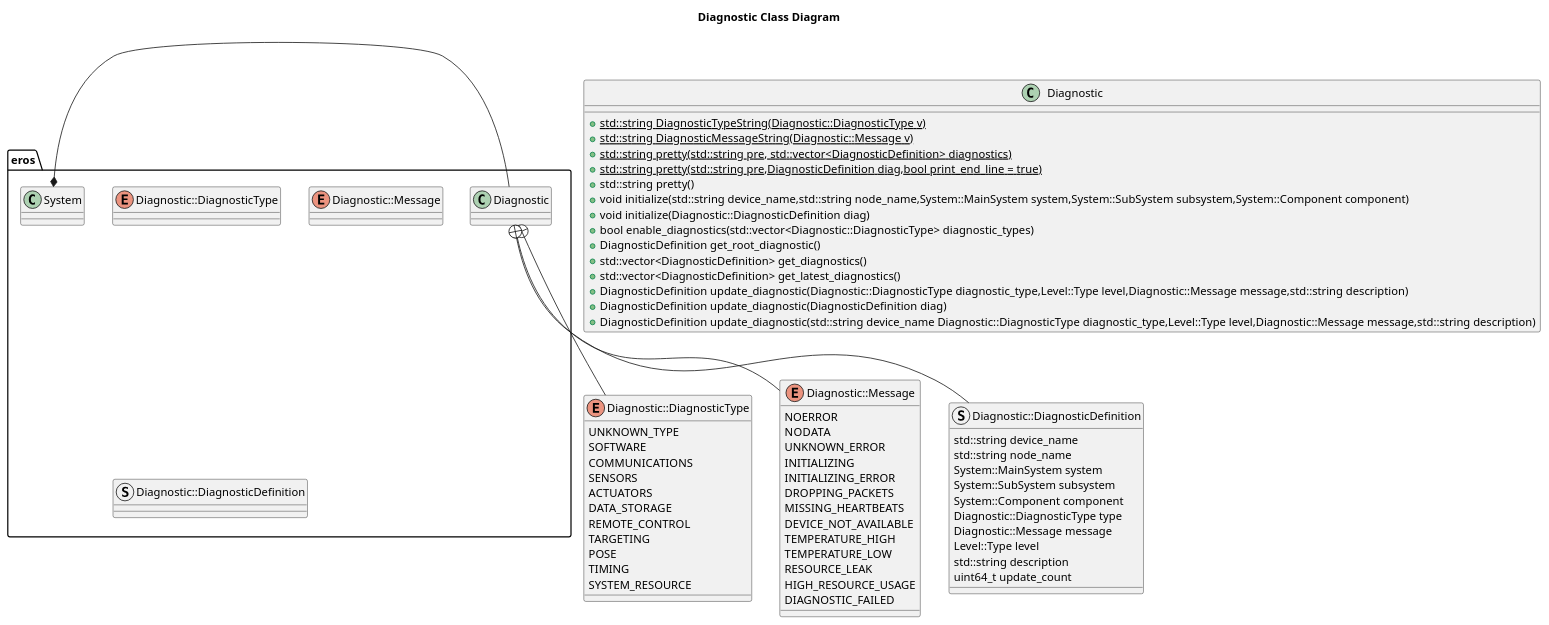
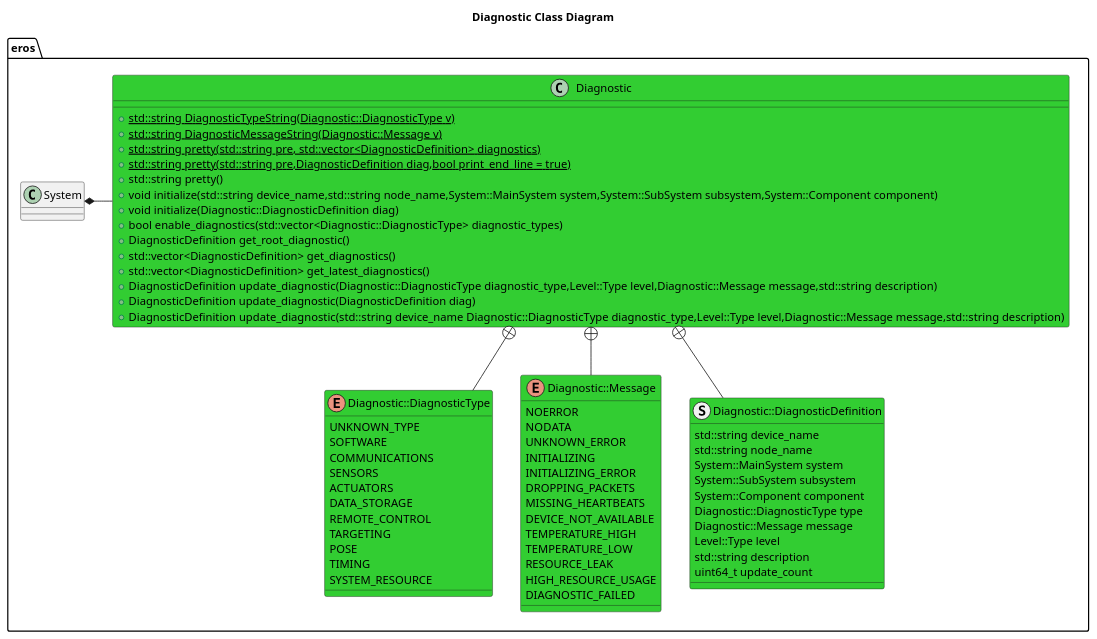
One commit to dgitz/eros changed the diagram in include/eros/doc/DiagnosticClassDiagram.puml. Above: the diagram before and after it, drawn with PlantUML. The commit also changed 4 other files, not shown here.

```diff
--- a/include/eros/doc/DiagnosticClassDiagram.puml
+++ b/include/eros/doc/DiagnosticClassDiagram.puml
@@ -1,75 +1,75 @@
 @startuml
 title Diagnostic Class Diagram
 package eros {
     class System
     together {
         class Diagnostic
         enum Diagnostic::DiagnosticType
         enum Diagnostic::Message
         struct Diagnostic::DiagnosticDefinition
     }
-}
-enum Diagnostic::DiagnosticType {
-    UNKNOWN_TYPE 
-    SOFTWARE
-    COMMUNICATIONS
-    SENSORS 
-    ACTUATORS
-    DATA_STORAGE
-    REMOTE_CONTROL
-    TARGETING
-    POSE
-    TIMING
-    SYSTEM_RESOURCE
-}
-enum Diagnostic::Message {
-    NOERROR
-    NODATA
-    UNKNOWN_ERROR
-    INITIALIZING
-    INITIALIZING_ERROR
-    DROPPING_PACKETS
-    MISSING_HEARTBEATS
-    DEVICE_NOT_AVAILABLE
-    TEMPERATURE_HIGH
-    TEMPERATURE_LOW
-    RESOURCE_LEAK
-    HIGH_RESOURCE_USAGE
-    DIAGNOSTIC_FAILED
+    enum Diagnostic::DiagnosticType #LimeGreen {
+        UNKNOWN_TYPE 
+        SOFTWARE
+        COMMUNICATIONS
+        SENSORS 
+        ACTUATORS
+        DATA_STORAGE
+        REMOTE_CONTROL
+        TARGETING
+        POSE
+        TIMING
+        SYSTEM_RESOURCE
+    }
+    enum Diagnostic::Message #LimeGreen {
+        NOERROR
+        NODATA
+        UNKNOWN_ERROR
+        INITIALIZING
+        INITIALIZING_ERROR
+        DROPPING_PACKETS
+        MISSING_HEARTBEATS
+        DEVICE_NOT_AVAILABLE
+        TEMPERATURE_HIGH
+        TEMPERATURE_LOW
+        RESOURCE_LEAK
+        HIGH_RESOURCE_USAGE
+        DIAGNOSTIC_FAILED
 
-}
-struct Diagnostic::DiagnosticDefinition {
-    std::string device_name
-    std::string node_name
-    System::MainSystem system
-    System::SubSystem subsystem
-    System::Component component
-    Diagnostic::DiagnosticType type
-    Diagnostic::Message message
-    Level::Type level
-    std::string description
-    uint64_t update_count
-}
-Diagnostic +-- Diagnostic::Message
-Diagnostic +-- Diagnostic::DiagnosticType
-Diagnostic +-- Diagnostic::DiagnosticDefinition
-System *- Diagnostic
-class Diagnostic {
+    }
+    struct Diagnostic::DiagnosticDefinition #LimeGreen {
+        std::string device_name
+        std::string node_name
+        System::MainSystem system
+        System::SubSystem subsystem
+        System::Component component
+        Diagnostic::DiagnosticType type
+        Diagnostic::Message message
+        Level::Type level
+        std::string description
+        uint64_t update_count
+    }
+    Diagnostic +-- Diagnostic::Message
+    Diagnostic +-- Diagnostic::DiagnosticType
+    Diagnostic +-- Diagnostic::DiagnosticDefinition
+    System *- Diagnostic
+    class Diagnostic #LimeGreen {
 
-    +{static} std::string DiagnosticTypeString(Diagnostic::DiagnosticType v)
-    +{static} std::string DiagnosticMessageString(Diagnostic::Message v)
-    +{static} std::string pretty(std::string pre, std::vector<DiagnosticDefinition> diagnostics)
-    +{static} std::string pretty(std::string pre,DiagnosticDefinition diag,bool print_end_line = true)
-    
-    +std::string pretty()
-    +void initialize(std::string device_name,std::string node_name,System::MainSystem system,System::SubSystem subsystem,System::Component component)
-    +void initialize(Diagnostic::DiagnosticDefinition diag)
-    +bool enable_diagnostics(std::vector<Diagnostic::DiagnosticType> diagnostic_types)
-    +DiagnosticDefinition get_root_diagnostic() 
-    +std::vector<DiagnosticDefinition> get_diagnostics()
-    +std::vector<DiagnosticDefinition> get_latest_diagnostics()
-    +DiagnosticDefinition update_diagnostic(Diagnostic::DiagnosticType diagnostic_type,Level::Type level,Diagnostic::Message message,std::string description)
-    +DiagnosticDefinition update_diagnostic(DiagnosticDefinition diag)
-    +DiagnosticDefinition update_diagnostic(std::string device_name Diagnostic::DiagnosticType diagnostic_type,Level::Type level,Diagnostic::Message message,std::string description)
+        +{static} std::string DiagnosticTypeString(Diagnostic::DiagnosticType v)
+        +{static} std::string DiagnosticMessageString(Diagnostic::Message v)
+        +{static} std::string pretty(std::string pre, std::vector<DiagnosticDefinition> diagnostics)
+        +{static} std::string pretty(std::string pre,DiagnosticDefinition diag,bool print_end_line = true)
+        
+        +std::string pretty()
+        +void initialize(std::string device_name,std::string node_name,System::MainSystem system,System::SubSystem subsystem,System::Component component)
+        +void initialize(Diagnostic::DiagnosticDefinition diag)
+        +bool enable_diagnostics(std::vector<Diagnostic::DiagnosticType> diagnostic_types)
+        +DiagnosticDefinition get_root_diagnostic() 
+        +std::vector<DiagnosticDefinition> get_diagnostics()
+        +std::vector<DiagnosticDefinition> get_latest_diagnostics()
+        +DiagnosticDefinition update_diagnostic(Diagnostic::DiagnosticType diagnostic_type,Level::Type level,Diagnostic::Message message,std::string description)
+        +DiagnosticDefinition update_diagnostic(DiagnosticDefinition diag)
+        +DiagnosticDefinition update_diagnostic(std::string device_name Diagnostic::DiagnosticType diagnostic_type,Level::Type level,Diagnostic::Message message,std::string description)
+    }
 }
 @enduml
```
